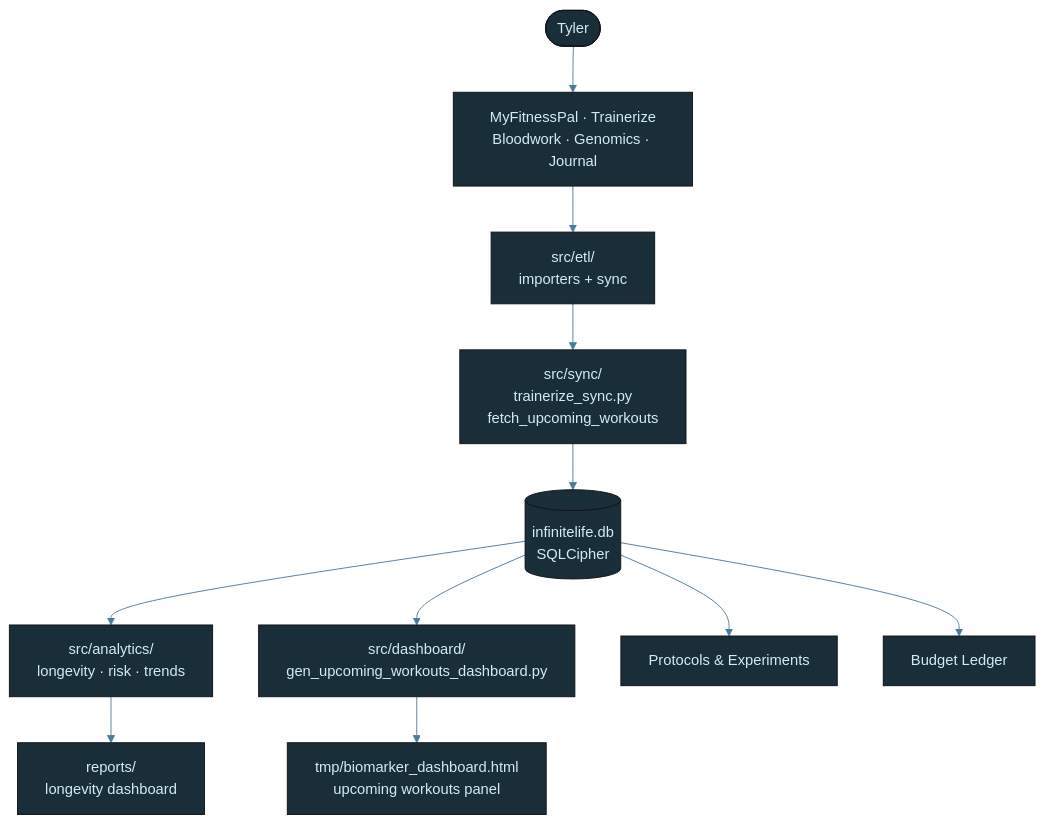
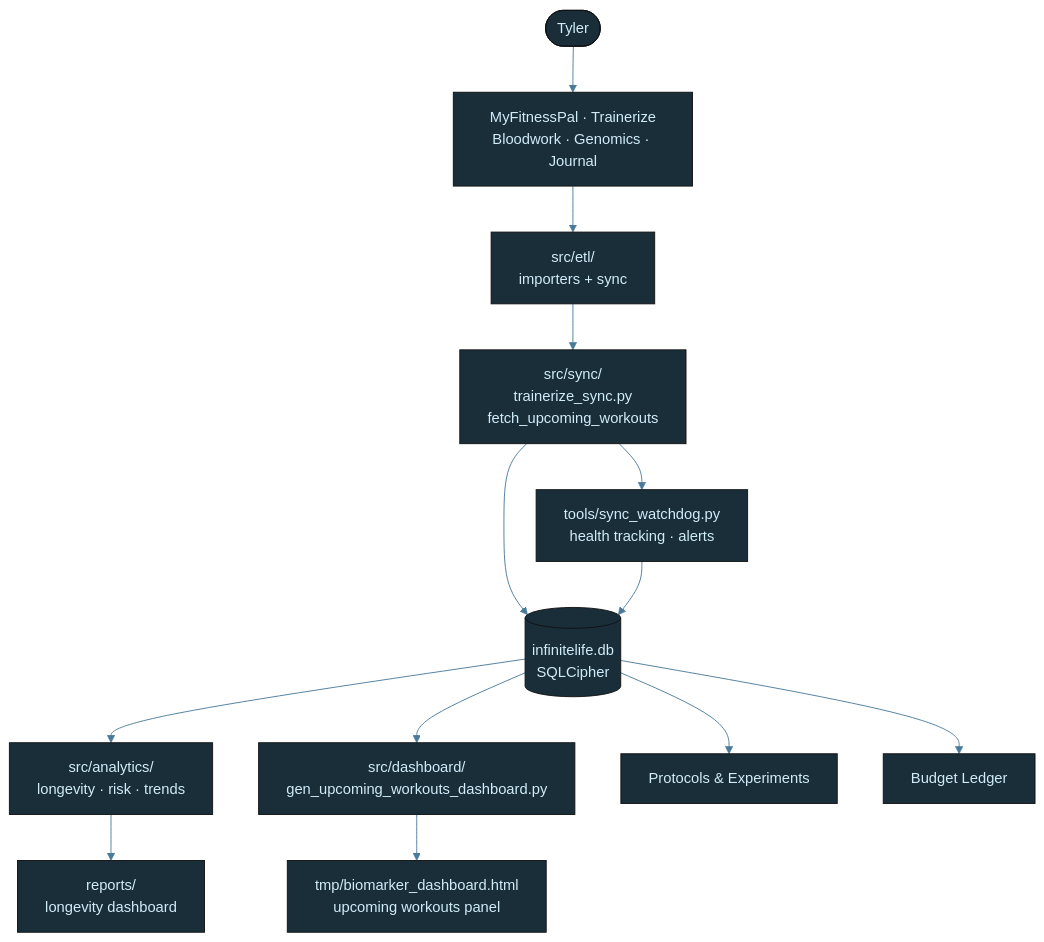
Before and after one commit to tylerdrakemusic/-Workspace: the diagram in diagrams/life-architecture.mmd, drawn with Mermaid. The commit also changed 2 other files, not shown here.

Commit message:
docs: add FR-20260522-sync-watchdog; update life arch + DB schema diagrams

```diff
--- a/diagrams/life-architecture.mmd
+++ b/diagrams/life-architecture.mmd
@@ -1,24 +1,26 @@
 %%{init: {'theme': 'base', 'themeVariables': {'primaryColor': '#1a2e3a', 'primaryTextColor': '#d0ecf8', 'edgeLabelBackground': '#0f1318', 'lineColor': '#4a7a9a'}}}%%
 graph TB
     Tyler([Tyler]) --> Inputs[MyFitnessPal · Trainerize<br/>Bloodwork · Genomics · Journal]
     Inputs --> ETL[src/etl/<br/>importers + sync]
     ETL --> Sync[src/sync/<br/>trainerize_sync.py<br/>fetch_upcoming_workouts]
     Sync --> DB[(infinitelife.db<br/>SQLCipher)]
+    Sync --> Watchdog[tools/sync_watchdog.py<br/>health tracking · alerts]
+    Watchdog --> DB
     DB --> Analytics[src/analytics/<br/>longevity · risk · trends]
     Analytics --> Reports[reports/<br/>longevity dashboard]
     DB --> Dashboard[src/dashboard/<br/>gen_upcoming_workouts_dashboard.py]
     Dashboard --> Output[tmp/biomarker_dashboard.html<br/>upcoming workouts panel]
     DB --> Protocols[Protocols & Experiments]
     DB --> Budget[Budget Ledger]
     class Inputs,Reports io
-    class ETL,DB,Analytics,Protocols,Budget core
+    class ETL,DB,Analytics,Protocols,Budget,Watchdog core
 
 classDef life     fill:#1a2e3a,stroke:#6ab4d4,color:#d0ecf8
 classDef music    fill:#3a1a24,stroke:#d47a8f,color:#f8d0dc
 classDef quantum  fill:#251a3a,stroke:#a07adf,color:#e8d0f8
 classDef manifest fill:#3a2e1a,stroke:#d4a96a,color:#f8ead0
 classDef ws       fill:#1a3a30,stroke:#6ad4b4,color:#d0f8ee
 classDef tyler    fill:#2a1a3a,stroke:#9e4aff,color:#fff
 classDef ext      fill:#3a2020,stroke:#ff7a7a,color:#ffd0d0
 classDef db       fill:#3a3010,stroke:#d4c050,color:#f8f0c0
 classDef state    fill:#1a1a1a,stroke:#888888,color:#cccccc
```
